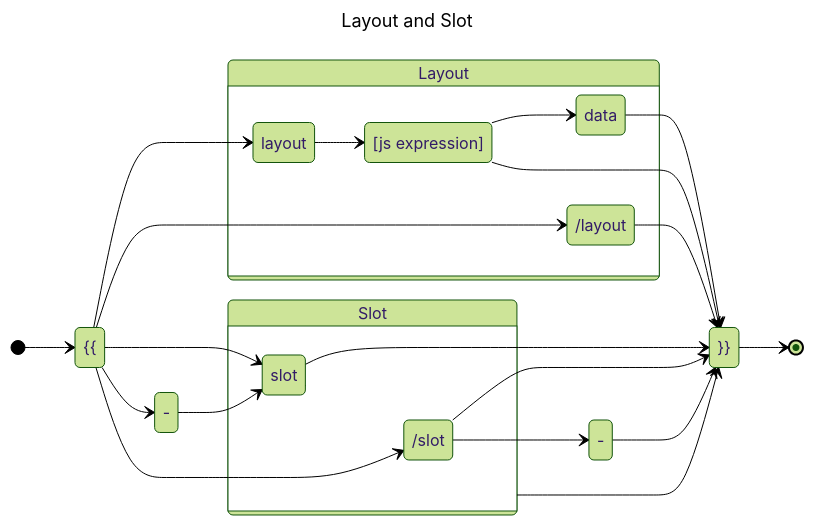
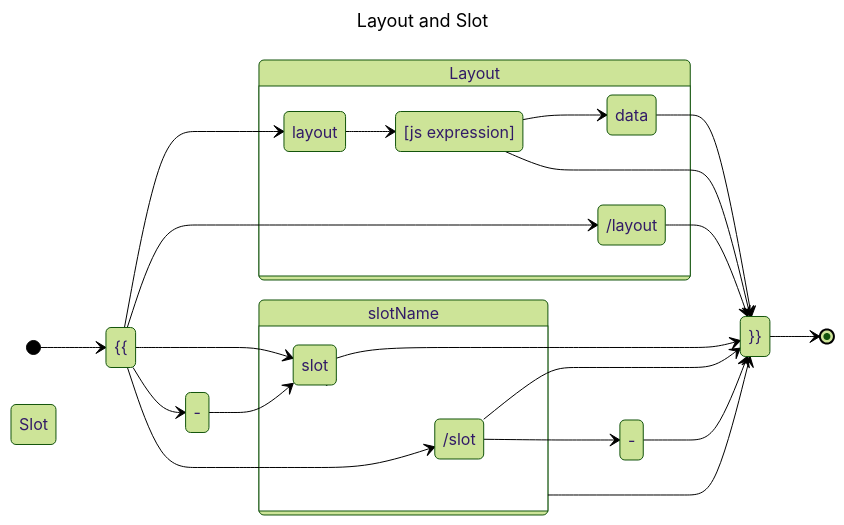
The eighth of 11 diagrams in statemachine-v2.md (ventojs/webstorm-vento), drawn with Mermaid before and after one commit. The commit also changed other lines of this file, not shown here.

First line of the commit message:
chore(docs): refine Vento State Machine diagrams structure

````diff
--- a/statemachine-v2.md
+++ b/statemachine-v2.md
@@ -315,58 +326,59 @@
 ```mermaid
 ---
 title: Layout and Slot
 config:
   theme: 'forest'
   themeVariables:
     darkmode: 'false'
     background: '#ffffff'
 ---
 stateDiagram-v2
     direction LR
 
     state "[js expression]" as layoutexp
     state "layout" as layout
 
     [*] --> open7
 
     close7 --> [*]
 
 %% layout
     state "{{" as open7
     state "}}" as close7
     state "-" as odash7
     state "-" as cdash7
     open7 --> layout
-state "Layout" as grLayout {
+    grLayout: Layout
+state grLayout {
     state "/layout" as clayout
     layout --> layoutexp
     layoutexp --> data
 }
     slot --> slotName
     data --> close7
     layoutexp --> close7
 
     open7 --> clayout
     clayout --> close7
-
-state "Slot" as slotName {
+grSlot: Slot
+state slotName {
     state "/slot" as cslot
     state "slot" as slot
 
  }
     open7 --> slot
     open7 --> odash7
     odash7 --> slot
 
 
     slotName --> close7
     slot --> close7
 
     open7 --> cslot
     cslot --> close7
     cslot --> cdash7
     cdash7 --> close7
 
 
 
 ```
````
